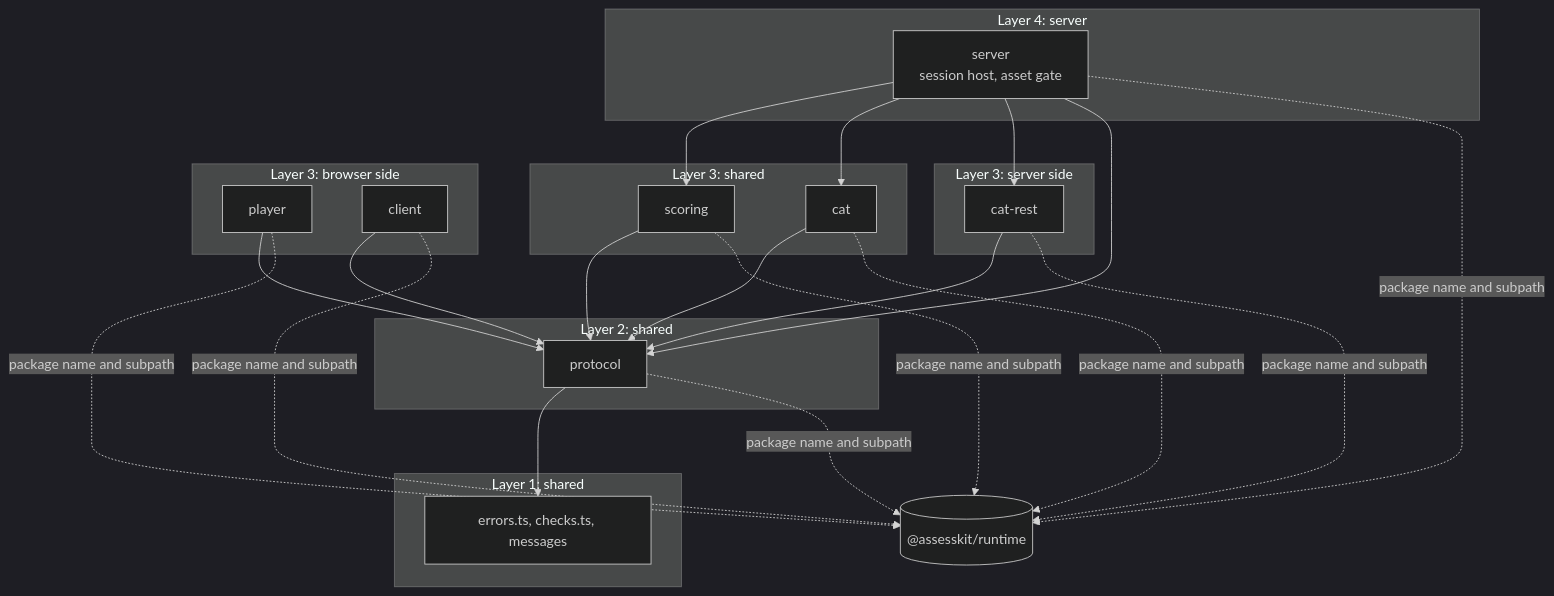
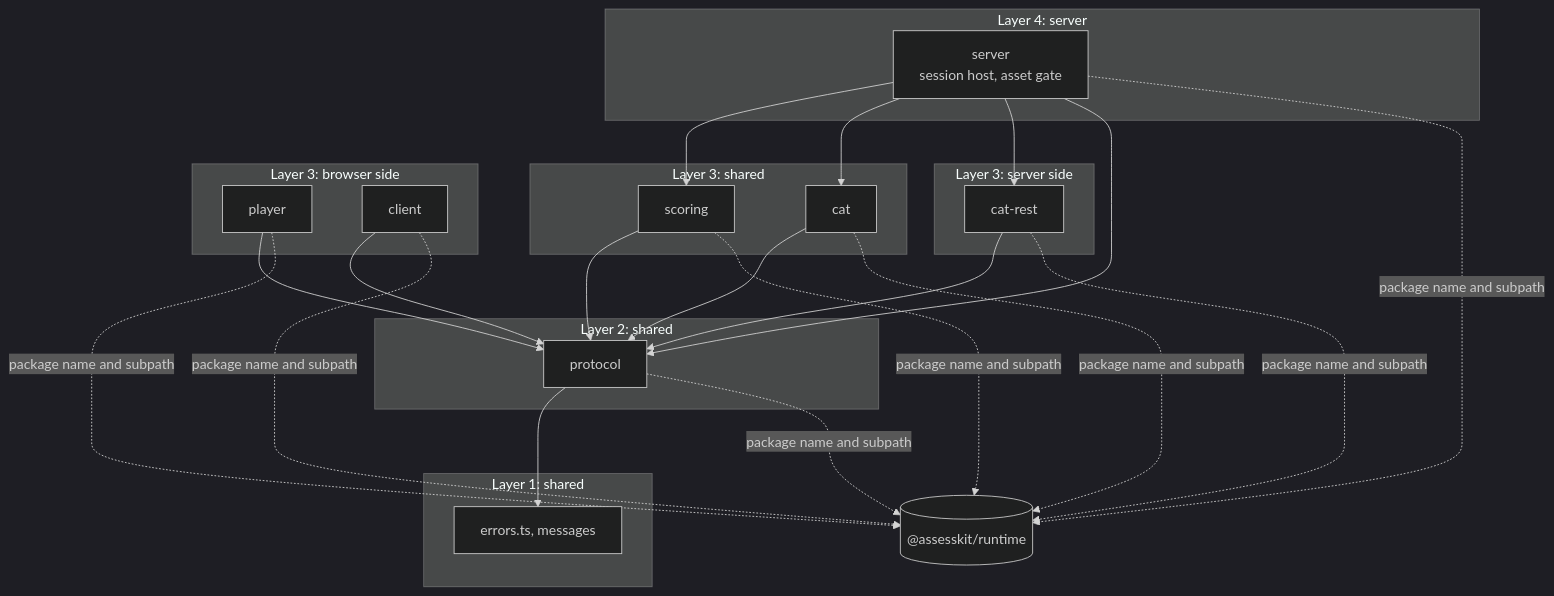
One commit to assesskit/assesskit changed the first of 2 diagrams in docs/player/architecture.md. Above: the diagram before and after it, drawn with Mermaid (dark theme). The commit also changed other lines of this file and 14 other files, not shown here.

First line of the commit message:
Keep the schema of https URLs in cat-rest, its only user, and drop checks.ts

````diff
--- a/docs/player/architecture.md
+++ b/docs/player/architecture.md
@@ -6,30 +6,30 @@
 ```mermaid
 flowchart TB
   subgraph L4["Layer 4: server"]
     server["server<br/>session host, asset gate"]
   end
   subgraph L3c["Layer 3: server side"]
     catRest["cat-rest"]
   end
   subgraph L3b["Layer 3: shared"]
     scoring["scoring"]
     cat["cat"]
   end
   subgraph L3a["Layer 3: browser side"]
     player["player"]
     client["client"]
   end
   subgraph L2["Layer 2: shared"]
     protocol["protocol"]
   end
   subgraph L1["Layer 1: shared"]
-    base["errors.ts, checks.ts, messages"]
+    base["errors.ts, messages"]
   end
   server --> scoring & cat & catRest
   server --> protocol
   scoring & cat & catRest --> protocol
   player & client --> protocol
   protocol --> base
   runtime[("@assesskit/runtime")]
   player & client & server & scoring & cat & catRest & protocol -.->|package name and subpath| runtime
 ```
````
